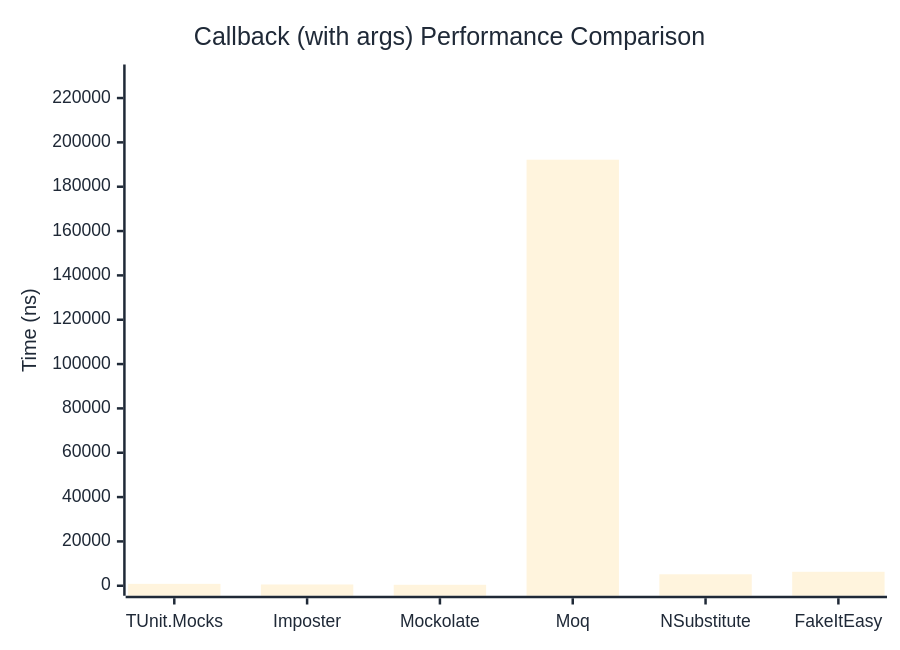
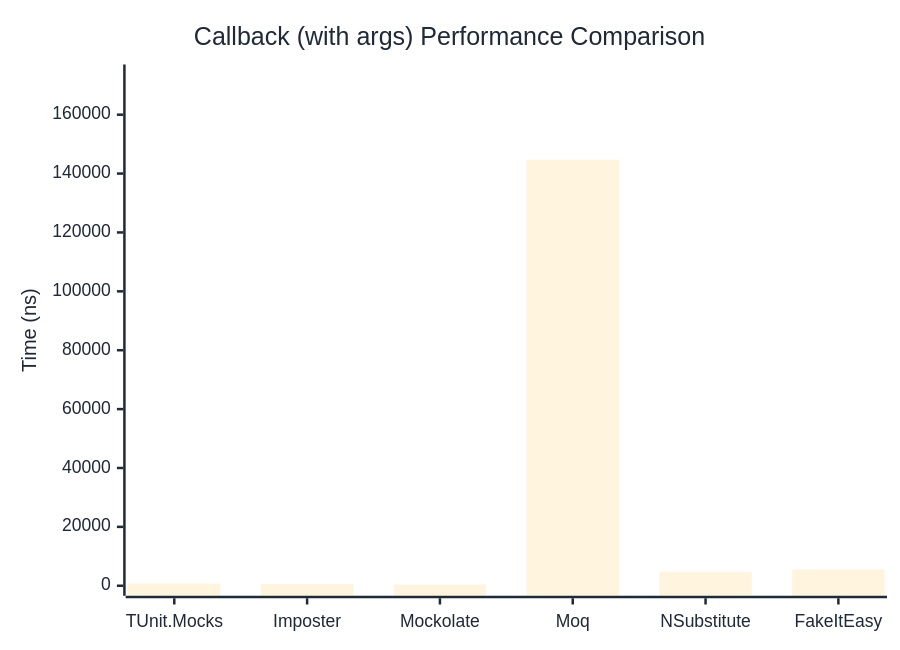
One commit to thomhurst/TUnit changed the second of 2 diagrams in docs/docs/benchmarks/mocks/Callback.md. Above: the diagram before and after it, drawn with Mermaid. The commit also changed other lines of this file and 14 other files, not shown here.

````diff
--- a/docs/docs/benchmarks/mocks/Callback.md
+++ b/docs/docs/benchmarks/mocks/Callback.md
@@ -71,27 +71,27 @@
 ```mermaid
 %%{init: {
   'theme':'base',
   'themeVariables': {
     'primaryColor': '#2563eb',
     'primaryTextColor': '#1f2937',
     'primaryBorderColor': '#1e40af',
     'lineColor': '#6b7280',
     'secondaryColor': '#7c3aed',
     'tertiaryColor': '#dc2626',
     'background': '#ffffff',
     'pie1': '#2563eb',
     'pie2': '#7c3aed',
     'pie3': '#dc2626',
     'pie4': '#f59e0b',
     'pie5': '#10b981',
     'pie6': '#06b6d4',
     'pie7': '#ec4899',
     'pie8': '#6366f1'
   }
 }}%%
 xychart-beta
   title "Callback (with args) Performance Comparison"
   x-axis ["TUnit.Mocks", "Imposter", "Mockolate", "Moq", "NSubstitute", "FakeItEasy"]
-  y-axis "Time (ns)" 0 --> 230618
-  bar [859.9, 569.1, 438.6, 192181.4, 5170.2, 6293.7]
+  y-axis "Time (ns)" 0 --> 173650
+  bar [766.2, 546.9, 392.5, 144708.3, 4731.2, 5535.4]
 ```
````
